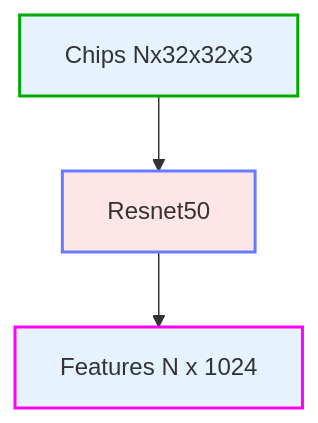
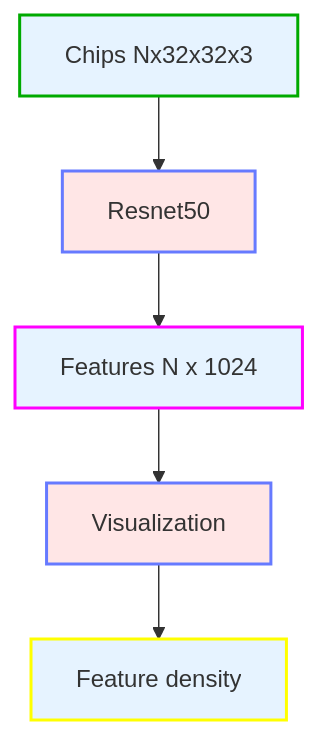
The diagram in mermaid/template_patches_to_features.mmd (catskillsresearch/broad-3-catskills), drawn with Mermaid before and after one commit. The commit also changed 27 other files, not shown here.

```diff
--- a/mermaid/template_patches_to_features.mmd
+++ b/mermaid/template_patches_to_features.mmd
@@ -1,11 +1,14 @@
 %%{init: {'themeVariables': {'nodeTextColor':'#000'}}}%%
 flowchart TD
     classDef data fill:#e6f3ff,stroke:#66b3ff,stroke-width:2px
     classDef op fill:#ffe6e6,stroke:#667aff,stroke-width:2px,shape:round-rect
     classDef inputData fill:#e6f3ff,stroke:#00AA00,stroke-width:2px
     classDef outputData fill:#e6f3ff,stroke:#FF00FF,stroke-width:2px
     classDef outputMetric fill:#e6f3ff,stroke:#FFFF00,stroke-width:2px
 
     data2["Chips Nx32x32x3"]:::inputData
     data2 --> op2["Resnet50"]:::op
     op2 --> data3["Features N x 1024"]:::outputData
+    op3aa["Visualization"]:::op
+    data3aa["Feature density"]:::outputMetric
+    data3 --> op3aa --> data3aa
```
